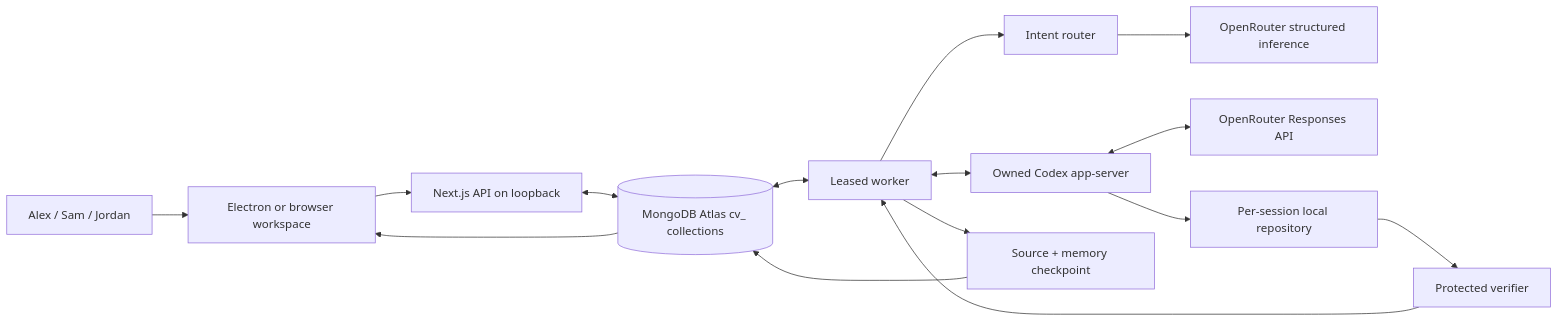
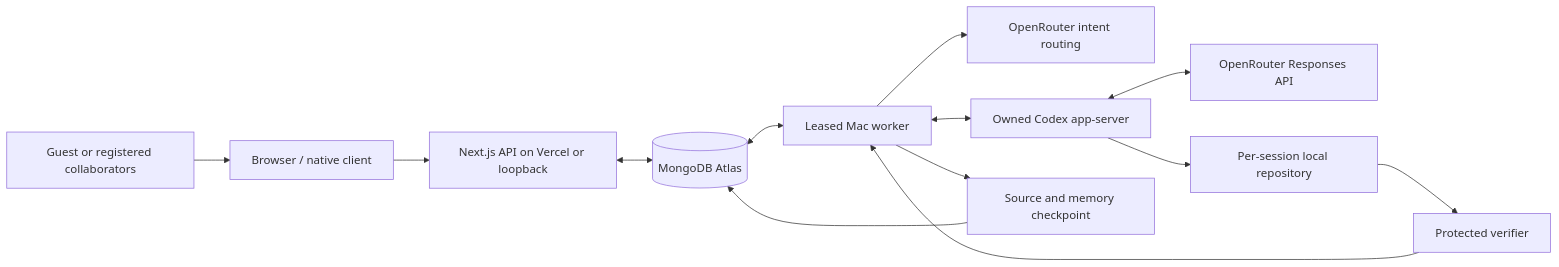
The diagram in docs/ARCHITECTURE.md (Divyesh-Thirukonda/mongo), drawn with Mermaid before and after one commit. The commit also changed other lines of this file and 2 other files, not shown here.

Commit message:
Document shared architecture and verified public collaboration

````diff
--- a/docs/ARCHITECTURE.md
+++ b/docs/ARCHITECTURE.md
@@ -7,17 +5,15 @@
 ```mermaid
 flowchart LR
-  A[Alex / Sam / Jordan] --> B[Electron or browser workspace]
-  B --> C[Next.js API on loopback]
-  C <--> D[(MongoDB Atlas cv_ collections)]
-  D <--> E[Leased worker]
-  E --> F[Intent router]
-  F --> G[OpenRouter structured inference]
-  E <--> H[Owned Codex app-server]
-  H <--> I[OpenRouter Responses API]
-  H --> J[Per-session local repository]
-  J --> K[Protected verifier]
-  K --> E
-  E --> L[Source + memory checkpoint]
-  L --> D
-  D --> B
+  A[Guest or registered collaborators] --> B[Browser / native client]
+  B --> C[Next.js API on Vercel or loopback]
+  C <--> D[(MongoDB Atlas)]
+  D <--> E[Leased Mac worker]
+  E --> F[OpenRouter intent routing]
+  E <--> G[Owned Codex app-server]
+  G <--> H[OpenRouter Responses API]
+  G --> I[Per-session local repository]
+  I --> J[Protected verifier]
+  J --> E
+  E --> K[Source and memory checkpoint]
+  K --> D
 ```
````
